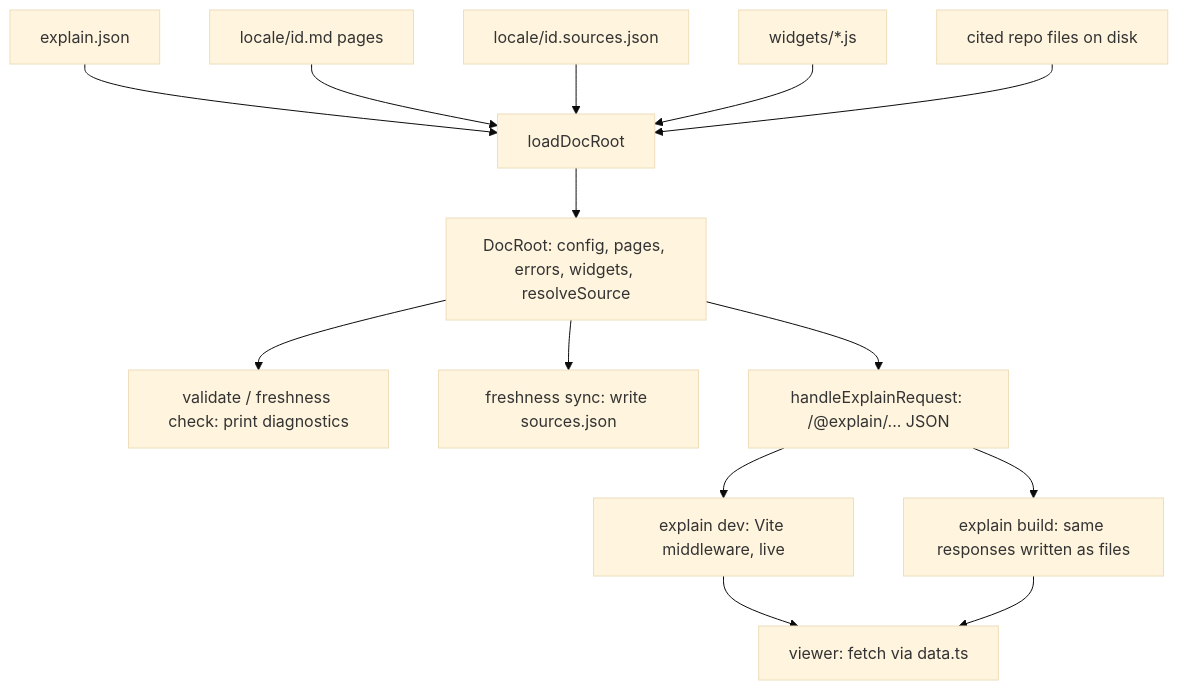
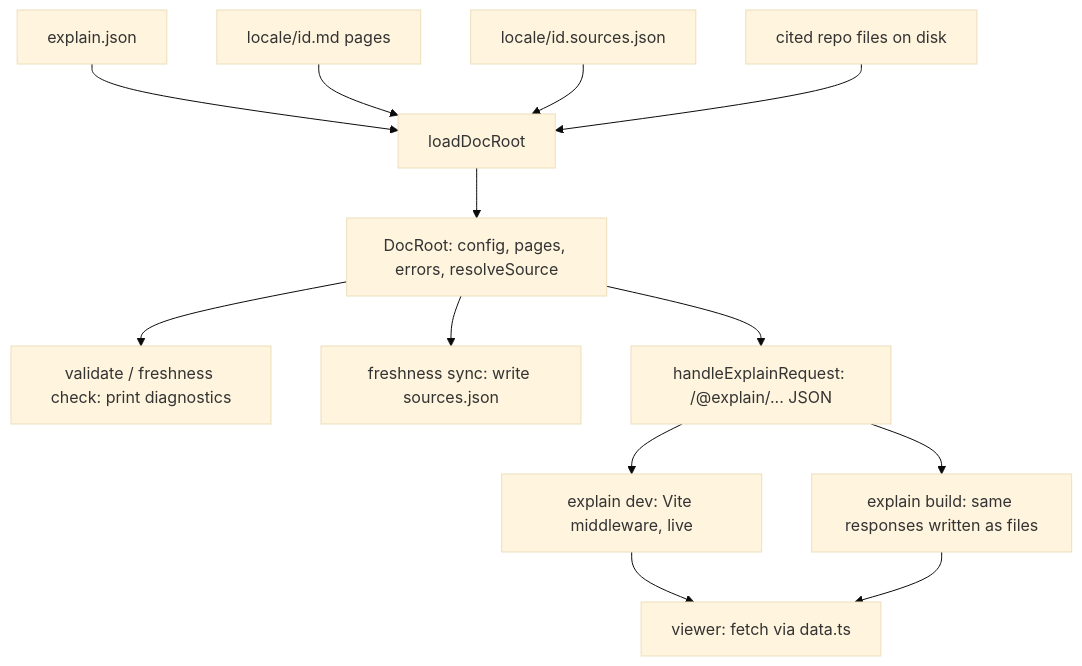
Before and after one commit to 5u4/explain-this: the diagram in docs/en/overview.md, drawn with Mermaid (base theme). The commit also changed other lines of this file and 102 other files, not shown here.

````diff
--- a/docs/en/overview.md
+++ b/docs/en/overview.md
@@ -45,16 +45,15 @@
 ```mermaid
 flowchart TD
   A["explain.json"] --> L["loadDocRoot"]
   B["locale/id.md pages"] --> L
   C["locale/id.sources.json"] --> L
-  W["widgets/*.js"] --> L
   R["cited repo files on disk"] --> L
-  L --> D["DocRoot: config, pages, errors, widgets, resolveSource"]
+  L --> D["DocRoot: config, pages, errors, resolveSource"]
   D --> V["validate / freshness check: print diagnostics"]
   D --> S["freshness sync: write sources.json"]
   D --> H["handleExplainRequest: /@explain/... JSON"]
   H --> DEV["explain dev: Vite middleware, live"]
   H --> BLD["explain build: same responses written as files"]
   DEV --> VW["viewer: fetch via data.ts"]
   BLD --> VW
 ```
````
